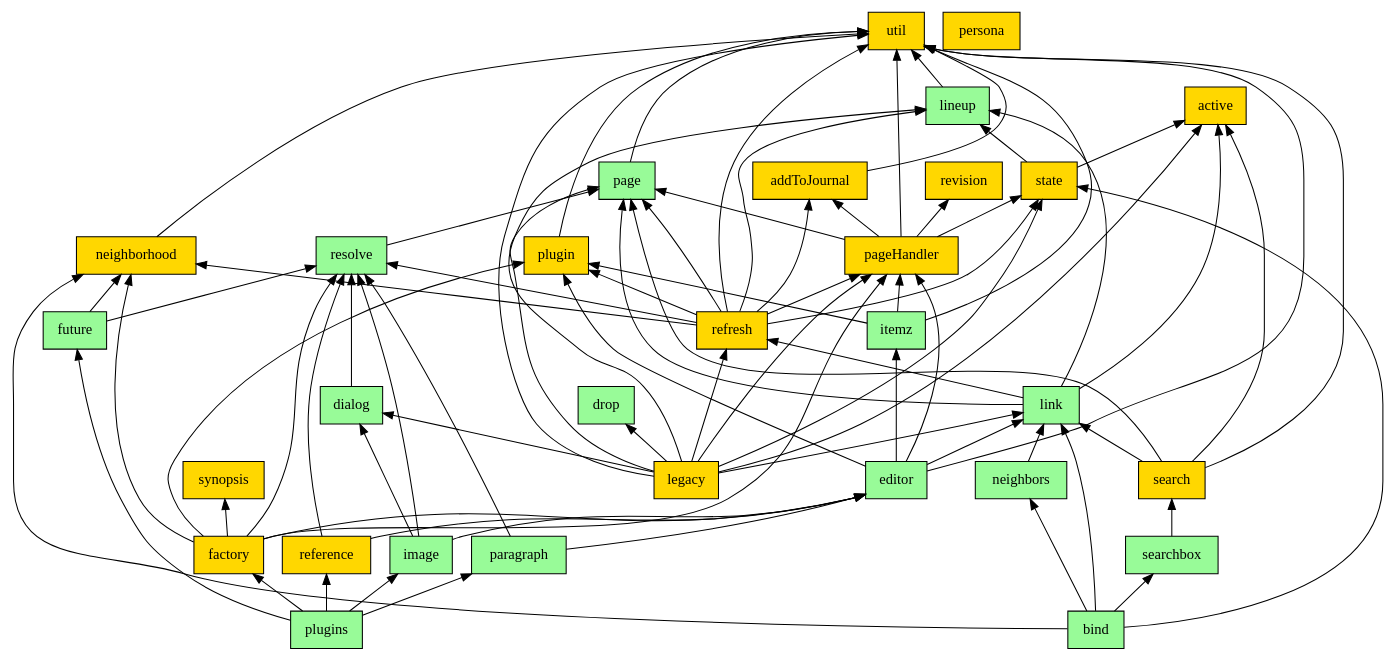
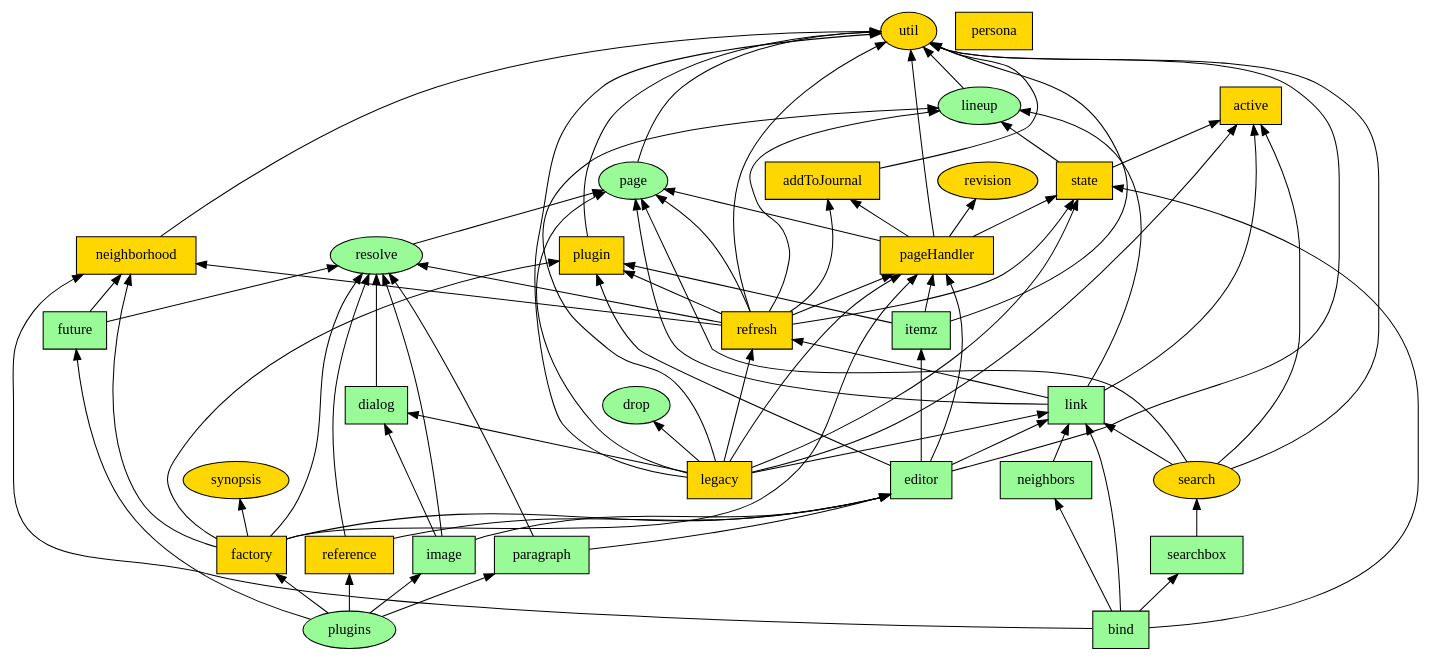
The diagram in scripts/requires-graph.dot (fedwiki/wiki-client), drawn with Graphviz before and after one commit. The commit also changed 1 other file, not shown here.

Commit message:
show dom references as distinct shape

```diff
--- a/scripts/requires-graph.dot
+++ b/scripts/requires-graph.dot
@@ -1,138 +1,159 @@
-digraph { node [style=filled shape=box];
+digraph { node [style=filled];
 
 active [fillcolor=gold];
+active [shape=box];
 
 addToJournal [fillcolor=gold];
 util -> addToJournal [dir=back];
+addToJournal [shape=box];
 
 bind [fillcolor=paleGreen];
 neighborhood -> bind [dir=back];
 neighbors -> bind [dir=back];
 searchbox -> bind [dir=back];
 state -> bind [dir=back];
 link -> bind [dir=back];
+bind [shape=box];
 
 dialog [fillcolor=paleGreen];
 resolve -> dialog [dir=back];
+dialog [shape=box];
 
 drop [fillcolor=paleGreen];
 
 editor [fillcolor=paleGreen];
 plugin -> editor [dir=back];
 itemz -> editor [dir=back];
 util -> editor [dir=back];
 pageHandler -> editor [dir=back];
 link -> editor [dir=back];
+editor [shape=box];
 
 factory [fillcolor=gold];
 neighborhood -> factory [dir=back];
 plugin -> factory [dir=back];
 resolve -> factory [dir=back];
 pageHandler -> factory [dir=back];
 editor -> factory [dir=back];
 synopsis -> factory [dir=back];
+factory [shape=box];
 
 future [fillcolor=paleGreen];
 resolve -> future [dir=back];
 neighborhood -> future [dir=back];
+future [shape=box];
 
 image [fillcolor=paleGreen];
 dialog -> image [dir=back];
 editor -> image [dir=back];
 resolve -> image [dir=back];
+image [shape=box];
 
 itemz [fillcolor=paleGreen];
 pageHandler -> itemz [dir=back];
 util -> itemz [dir=back];
 plugin -> itemz [dir=back];
+itemz [shape=box];
 
 legacy [fillcolor=gold];
 util -> legacy [dir=back];
 pageHandler -> legacy [dir=back];
 state -> legacy [dir=back];
 active -> legacy [dir=back];
 refresh -> legacy [dir=back];
 lineup -> legacy [dir=back];
 drop -> legacy [dir=back];
 dialog -> legacy [dir=back];
 link -> legacy [dir=back];
 page -> legacy [dir=back];
+legacy [shape=box];
 
 lineup [fillcolor=paleGreen];
 util -> lineup [dir=back];
 
 link [fillcolor=paleGreen];
 lineup -> link [dir=back];
 active -> link [dir=back];
 refresh -> link [dir=back];
 page -> link [dir=back];
+link [shape=box];
 
 neighborhood [fillcolor=gold];
 util -> neighborhood [dir=back];
+neighborhood [shape=box];
 
 neighbors [fillcolor=paleGreen];
 link -> neighbors [dir=back];
+neighbors [shape=box];
 
 page [fillcolor=paleGreen];
 util -> page [dir=back];
 
 pageHandler [fillcolor=gold];
 util -> pageHandler [dir=back];
 state -> pageHandler [dir=back];
 revision -> pageHandler [dir=back];
 addToJournal -> pageHandler [dir=back];
 page -> pageHandler [dir=back];
+pageHandler [shape=box];
 
 paragraph [fillcolor=paleGreen];
 editor -> paragraph [dir=back];
 resolve -> paragraph [dir=back];
+paragraph [shape=box];
 
 persona [fillcolor=gold];
+persona [shape=box];
 
 plugin [fillcolor=gold];
 util -> plugin [dir=back];
+plugin [shape=box];
 
 plugins [fillcolor=paleGreen];
 reference -> plugins [dir=back];
 factory -> plugins [dir=back];
 paragraph -> plugins [dir=back];
 image -> plugins [dir=back];
 future -> plugins [dir=back];
 
 reference [fillcolor=gold];
 editor -> reference [dir=back];
 resolve -> reference [dir=back];
+reference [shape=box];
 
 refresh [fillcolor=gold];
 util -> refresh [dir=back];
 pageHandler -> refresh [dir=back];
 plugin -> refresh [dir=back];
 state -> refresh [dir=back];
 neighborhood -> refresh [dir=back];
 addToJournal -> refresh [dir=back];
 lineup -> refresh [dir=back];
 resolve -> refresh [dir=back];
 page -> refresh [dir=back];
+refresh [shape=box];
 
 resolve [fillcolor=paleGreen];
 page -> resolve [dir=back];
 
 revision [fillcolor=gold];
 
 search [fillcolor=gold];
 link -> search [dir=back];
 util -> search [dir=back];
 active -> search [dir=back];
 page -> search [dir=back];
 
 searchbox [fillcolor=paleGreen];
 search -> searchbox [dir=back];
+searchbox [shape=box];
 
 state [fillcolor=gold];
 active -> state [dir=back];
 lineup -> state [dir=back];
+state [shape=box];
 
 synopsis [fillcolor=gold];
 
 util [fillcolor=gold];
 }
```
